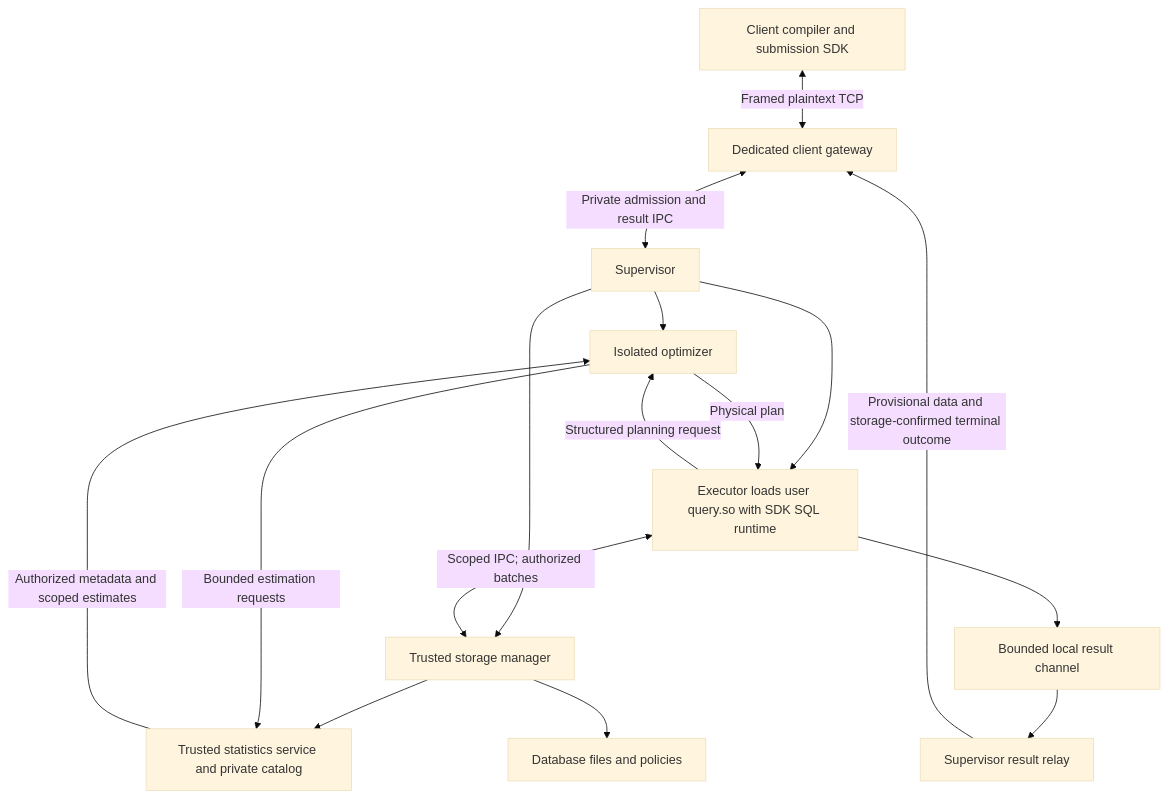
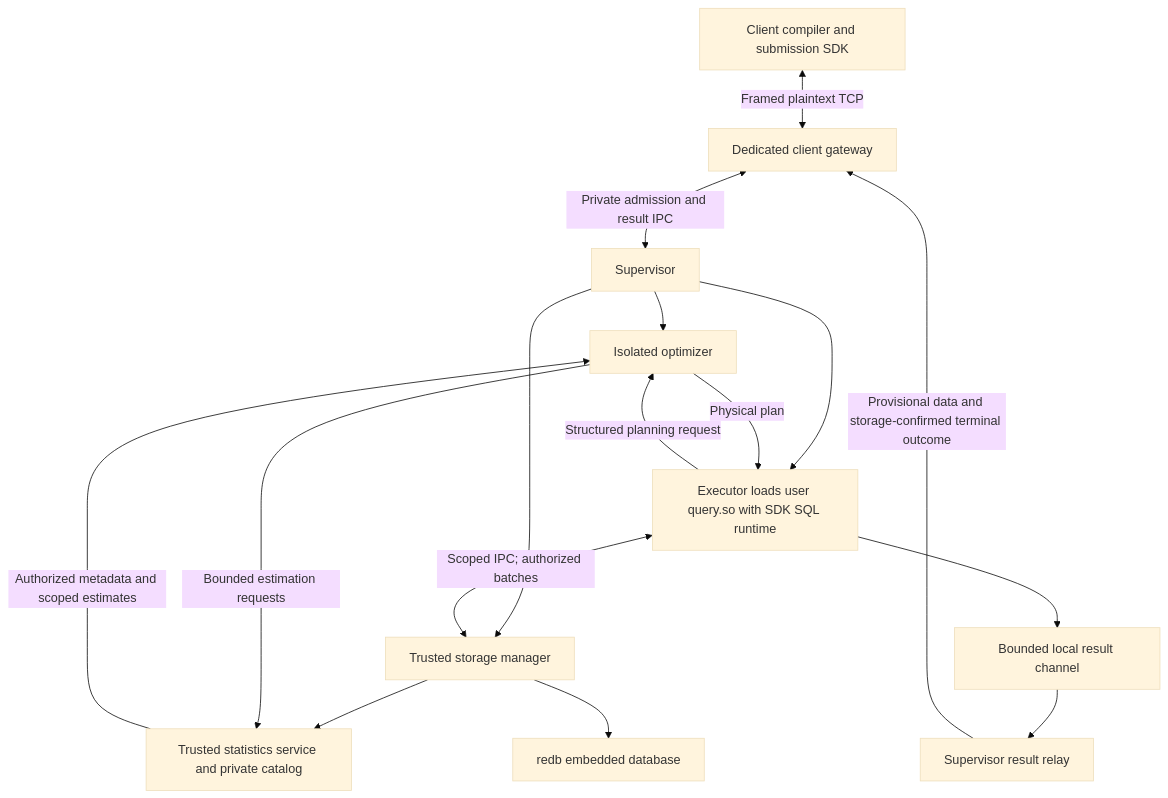
The diagram in specs/architecture.md (tpatrascu/prdb), drawn with Mermaid (base theme) before and after one commit. The commit also changed other lines of this file and 28 other files, not shown here.

Commit message:
replace low level storage with redb

````diff
--- a/specs/architecture.md
+++ b/specs/architecture.md
@@ -21,18 +21,18 @@
 ```mermaid
 flowchart TD
     Client[Client compiler and submission SDK] <-->|Framed plaintext TCP| Gateway[Dedicated client gateway]
     Gateway <-->|Private admission and result IPC| Supervisor[Supervisor]
     Supervisor --> Planner[Isolated optimizer]
     Supervisor --> Worker[Executor loads user query.so with SDK SQL runtime]
     Worker -->|Structured planning request| Planner
     Planner -->|Physical plan| Worker
     Supervisor --> Storage[Trusted storage manager]
     Storage --> Stats[Trusted statistics service and private catalog]
     Planner -->|Bounded estimation requests| Stats
     Stats -->|Authorized metadata and scoped estimates| Planner
     Worker <-->|Scoped IPC; authorized batches| Storage
-    Storage --> Files[Database files and policies]
+    Storage --> Redb[redb embedded database]
     Worker --> Output[Bounded local result channel]
     Output --> Relay[Supervisor result relay]
     Relay -->|Provisional data and storage-confirmed terminal outcome| Gateway
 ```
````
